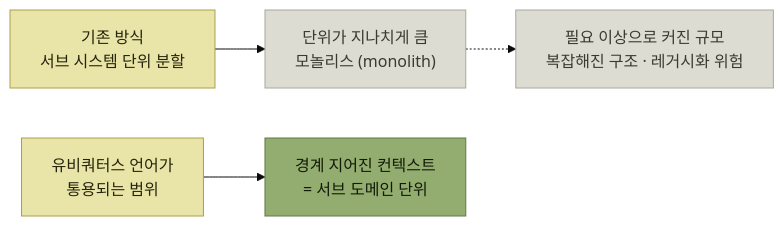
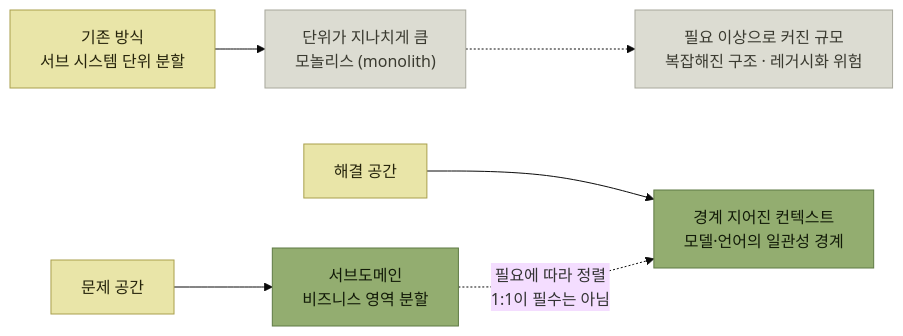
One commit to devholic22/logistics-backend-study changed the second of 4 diagrams in books/아키텍트-첫걸음/1-아키텍트가-하는-일/4-아키텍트.md. Above: the diagram before and after it, drawn with Mermaid (base theme). The commit also changed other lines of this file and 4 other files, not shown here.

Commit message:
docs: address architect chapter review

````diff
--- a/books/아키텍트-첫걸음/1-아키텍트가-하는-일/4-아키텍트.md
+++ b/books/아키텍트-첫걸음/1-아키텍트가-하는-일/4-아키텍트.md
@@ -95,19 +97,23 @@
 ```mermaid
 flowchart LR
     SUB["기존 방식<br/>서브 시스템 단위 분할"]
     MONO["단위가 지나치게 큼<br/>모놀리스 (monolith)"]
     LEG["필요 이상으로 커진 규모<br/>복잡해진 구조 · 레거시화 위험"]
-    UBI["유비쿼터스 언어가<br/>통용되는 범위"]
-    BC["경계 지어진 컨텍스트<br/>= 서브 도메인 단위"]
+    PROBLEM["문제 공간"]
+    SUBD["서브도메인<br/>비즈니스 영역 분할"]
+    SOLUTION["해결 공간"]
+    BC["경계 지어진 컨텍스트<br/>모델·언어의 일관성 경계"]
 
     SUB --> MONO
     MONO -.-> LEG
-    UBI --> BC
+    PROBLEM --> SUBD
+    SOLUTION --> BC
+    SUBD -. "필요에 따라 정렬<br/>1:1이 필수는 아님" .-> BC
 
     classDef sys fill:#e9e5a8,stroke:#a99f4d,color:#26240c
     classDef muted fill:#dcdcd2,stroke:#a8a89c,color:#3a3a30
     classDef core fill:#93ad70,stroke:#5f7a44,color:#121a08
-    class SUB,UBI sys
+    class SUB,PROBLEM,SOLUTION sys
     class MONO,LEG muted
-    class BC core
+    class SUBD,BC core
 ```
````
